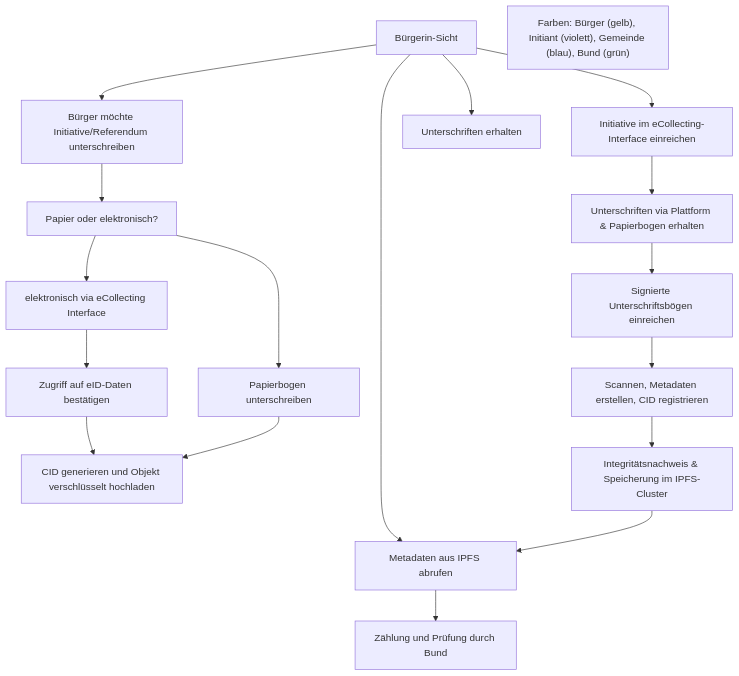
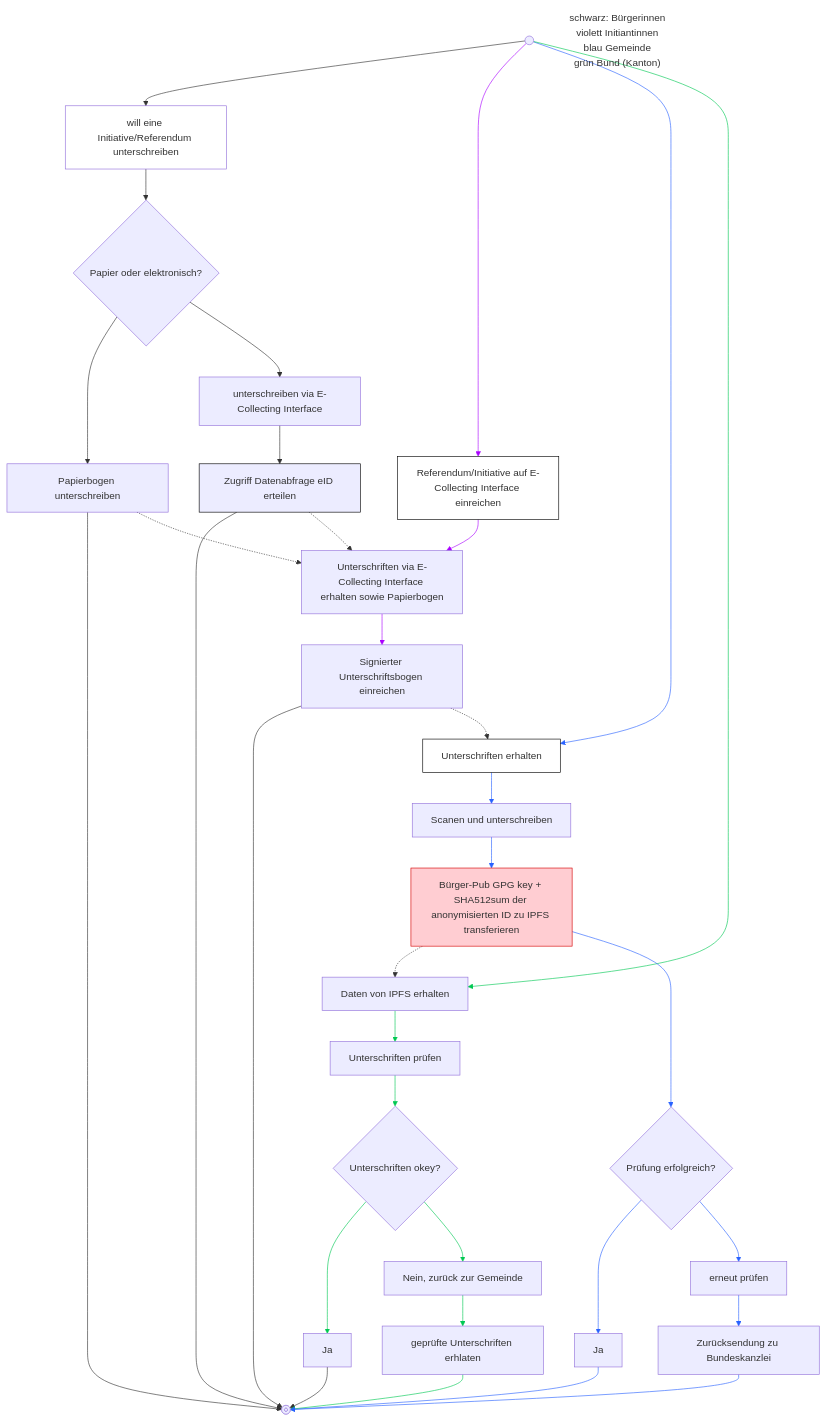
The diagram in README.md (swiss/e-collecting-hackathon-team1), drawn with Mermaid before and after one commit. The commit also changed other lines of this file, not shown here.

````diff
--- a/README.md
+++ b/README.md
@@ -187,16 +182,65 @@
 ```mermaid
 flowchart TB
-    A["Bürger möchte Initiative/Referendum unterschreiben"] --> B["Papier oder elektronisch?"]
-    B --> C["Papierbogen unterschreiben"] & D["elektronisch via eCollecting Interface"]
-    n1["Bürgerin-Sicht"] --> A & n4["Initiative im eCollecting-Interface einreichen"] & n8["Unterschriften erhalten"] & n11["Metadaten aus IPFS abrufen"]
-    D --> n2["Zugriff auf eID-Daten bestätigen"]
-    n2 --> n3["CID generieren und Objekt verschlüsselt hochladen"]
+    A["will eine Initiative/Referendum unterschreiben"] --> B["Papier oder elektronisch?"]
+    B --> C["Papierbogen unterschreiben"] & D["unterschreiben via E-Collecting Interface"]
+    n1["Bürgerin-Sicht"] --> A & n4["Referendum/Initiative auf E-Collecting Interface einreichen"] & n8["Unterschriften erhalten"] & n11["Daten von IPFS erhalten"]
+    D --> n2["Zugriff Datenabfrage eID erteilen"]
+    n2 --> n3["Untitled Node"]
     C --> n3
-    n4 --> n5["Unterschriften via Plattform & Papierbogen erhalten"]
-    n5 --> n7["Signierte Unterschriftsbögen einreichen"]
-    n7 --> n9["Scannen, Metadaten erstellen, CID registrieren"]
-    n9 --> n10["Integritätsnachweis & Speicherung im IPFS-Cluster"]
-    n10 --> n11
-    n11 --> n12["Zählung und Prüfung durch Bund"]
-    n21["Farben: Bürger (gelb), Initiant (violett), Gemeinde (blau), Bund (grün)"]
+    n4 --> n5["Unterschriften via E-Collecting Interface erhalten sowie Papierbogen"]
+    n5 --> n7["Signierter Unterschriftsbogen einreichen"]
+    n2 -.-> n5
+    n7 --> n3
+    C -.-> n5
+    n7 -.-> n8
+    n8 --> n9["Scanen und unterschreiben"]
+    n9 --> n10["Bürger-Pub GPG key + SHA512sum der anonymisierten ID zu IPFS transferieren"]
+    n10 -.-> n11
+    n10 --> n12["Prüfung erfolgreich?"]
+    n12 --> n13["Ja"] & n18["erneut prüfen"]
+    n13 --> n3
+    n11 --> n14["Unterschriften prüfen"]
+    n14 --> n15["Unterschriften okey?"]
+    n15 --> n16["Ja"] & n17["Nein, zurück zur Gemeinde"]
+    n16 --> n3
+    n17 --> n19["geprüfte Unterschriften erhlaten"]
+    n19 --> n3
+    n18 --> n20["Zurücksendung zu Bundeskanzlei"]
+    n20 --> n3
+    n21["schwarz: Bürgerinnen<br>violett Initiantinnen<br>blau Gemeinde<br>grün Bund (Kanton)"]
+    A@{ shape: proc}
+    B@{ shape: decision}
+    D@{ shape: rect}
+    n1@{ shape: start}
+    n4@{ shape: proc}
+    n3@{ shape: stop}
+    n12@{ shape: decision}
+    n15@{ shape: decision}
+    n21@{ shape: text}
+    style A fill:transparent
+    style n1 stroke:#FFD600,color:#FF6D00
+    style n4 fill:transparent,stroke:#000000
+    style n8 stroke:#000000,fill:transparent
+    style n2 stroke:#000000
+    style n10 stroke:#D50000,fill:#FFCDD2
+    linkStyle 4 stroke:#AA00FF,fill:none
+    linkStyle 5 stroke:#2962FF,fill:none
+    linkStyle 6 stroke:#00C853,fill:none
+    linkStyle 10 stroke:#AA00FF,fill:none
+    linkStyle 11 stroke:#AA00FF,fill:none
+    linkStyle 16 stroke:#2962FF,fill:none
+    linkStyle 17 stroke:#2962FF,fill:none
+    linkStyle 19 stroke:#2962FF,fill:none
+    linkStyle 20 stroke:#2962FF,fill:none
+    linkStyle 21 stroke:#2962FF,fill:none
+    linkStyle 22 stroke:#2962FF,fill:none
+    linkStyle 23 stroke:#00C853,fill:none
+    linkStyle 24 stroke:#00C853,fill:none
+    linkStyle 25 stroke:#00C853,fill:none
+    linkStyle 26 stroke:#00C853,fill:none
+    linkStyle 28 stroke:#00C853,fill:none
+    linkStyle 29 stroke:#00C853,fill:none
+    linkStyle 30 stroke:#2962FF,fill:none
+    linkStyle 31 stroke:#2962FF,fill:none
+
 ```
````
